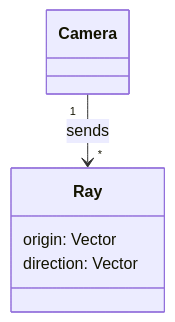
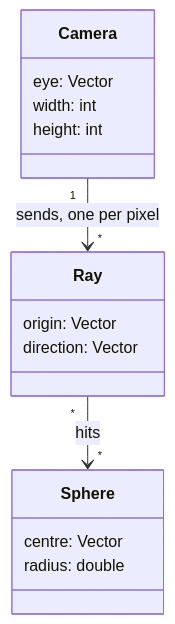
The diagram in docs/domain/domain-model.md (Mathis-brgs/Raytracer), drawn with Mermaid before and after one commit. The commit also changed other lines of this file and 7 other files, not shown here.

````diff
--- a/docs/domain/domain-model.md
+++ b/docs/domain/domain-model.md
@@ -1,8 +6,19 @@
 ```mermaid
 classDiagram
-    Camera "1" --> "*" Ray : sends
+    Camera "1" --> "*" Ray : sends, one per pixel
+    Ray "*" --> "*" Sphere : hits
+
+    class Camera {
+        eye: Vector
+        width: int
+        height: int
+    }
     class Ray {
         origin: Vector
         direction: Vector
     }
+    class Sphere {
+        centre: Vector
+        radius: double
+    }
 ```
````
